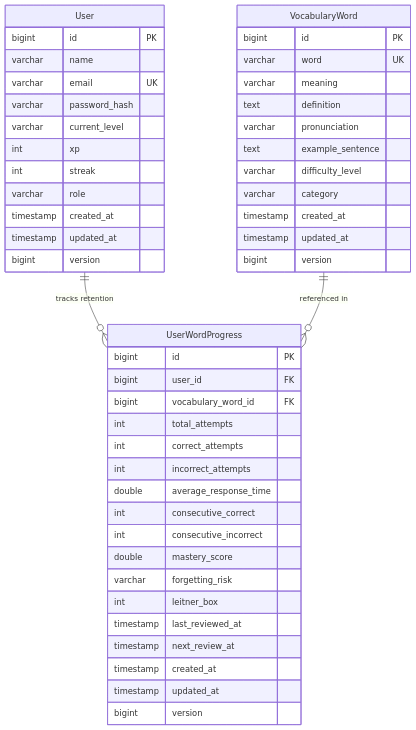
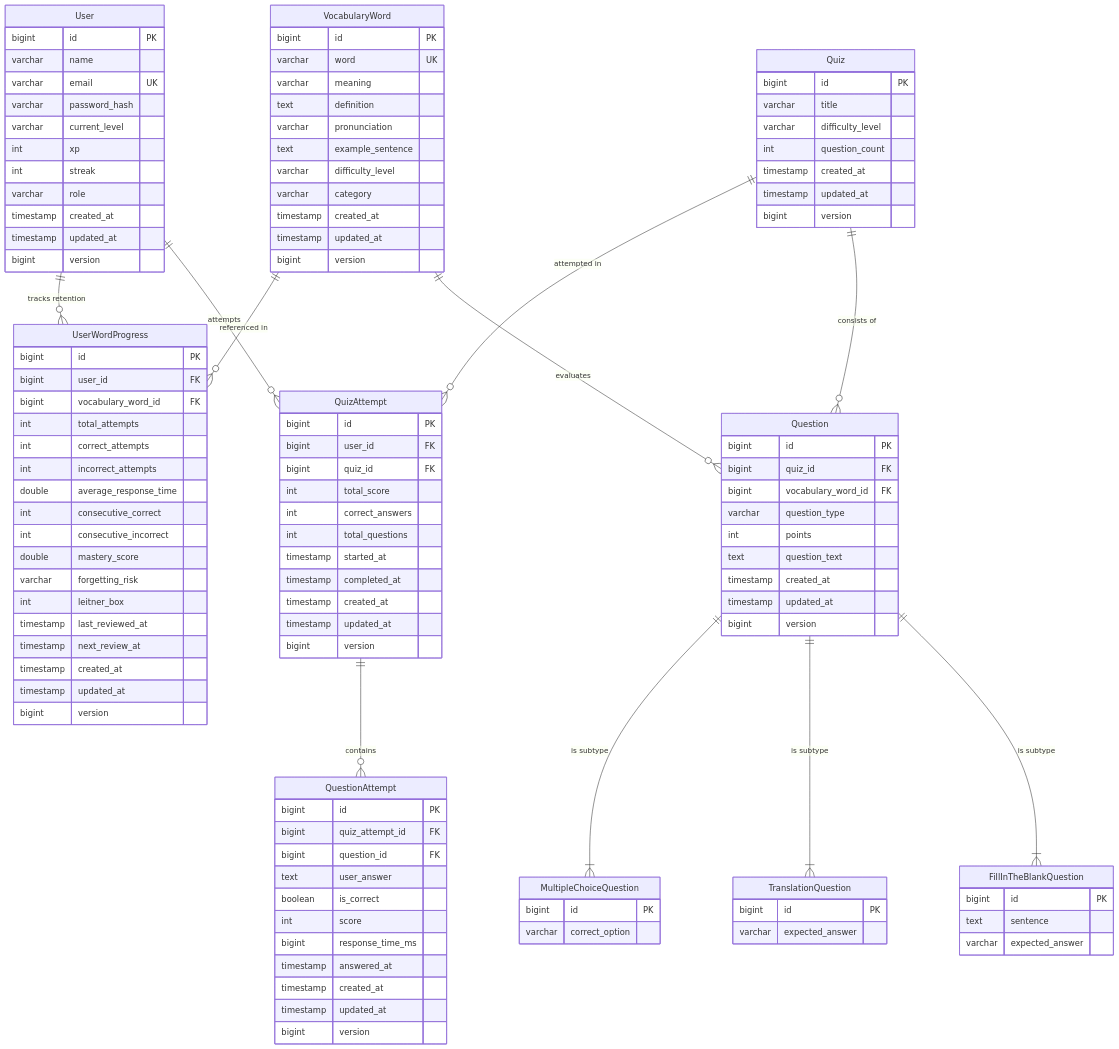
Before and after one commit to Md-Shahriar-Rahman-Shihab/Memora-adaptive-personalized-vocabulary-learning-platform: the diagram in README.md, drawn with Mermaid. The commit also changed other lines of this file and 109 other files, not shown here.

Commit message:
Quiz & Question Engine

````diff
--- a/README.md
+++ b/README.md
@@ -86,6 +109,16 @@
     User ||--o{ UserWordProgress : "tracks retention"
     VocabularyWord ||--o{ UserWordProgress : "referenced in"
     
+    User ||--o{ QuizAttempt : "attempts"
+    Quiz ||--o{ QuizAttempt : "attempted in"
+    QuizAttempt ||--o{ QuestionAttempt : "contains"
+    Quiz ||--o{ Question : "consists of"
+    VocabularyWord ||--o{ Question : "evaluates"
+    
+    Question ||--|{ MultipleChoiceQuestion : "is subtype"
+    Question ||--|{ TranslationQuestion : "is subtype"
+    Question ||--|{ FillInTheBlankQuestion : "is subtype"
+
     User {
         bigint id PK
         varchar name
@@ -133,4 +166,70 @@
         timestamp updated_at
         bigint version
     }
+
+    Quiz {
+        bigint id PK
+        varchar title
+        varchar difficulty_level
+        int question_count
+        timestamp created_at
+        timestamp updated_at
+        bigint version
+    }
+
+    Question {
+        bigint id PK
+        bigint quiz_id FK
+        bigint vocabulary_word_id FK
+        varchar question_type
+        int points
+        text question_text
+        timestamp created_at
+        timestamp updated_at
+        bigint version
+    }
+
+    MultipleChoiceQuestion {
+        bigint id PK
+        varchar correct_option
+    }
+
+    TranslationQuestion {
+        bigint id PK
+        varchar expected_answer
+    }
+
+    FillInTheBlankQuestion {
+        bigint id PK
+        text sentence
+        varchar expected_answer
+    }
+
+    QuizAttempt {
+        bigint id PK
+        bigint user_id FK
+        bigint quiz_id FK
+        int total_score
+        int correct_answers
+        int total_questions
+        timestamp started_at
+        timestamp completed_at
+        timestamp created_at
+        timestamp updated_at
+        bigint version
+    }
+
+    QuestionAttempt {
+        bigint id PK
+        bigint quiz_attempt_id FK
+        bigint question_id FK
+        text user_answer
+        boolean is_correct
+        int score
+        bigint response_time_ms
+        timestamp answered_at
+        timestamp created_at
+        timestamp updated_at
+        bigint version
+    }
 ```
````
